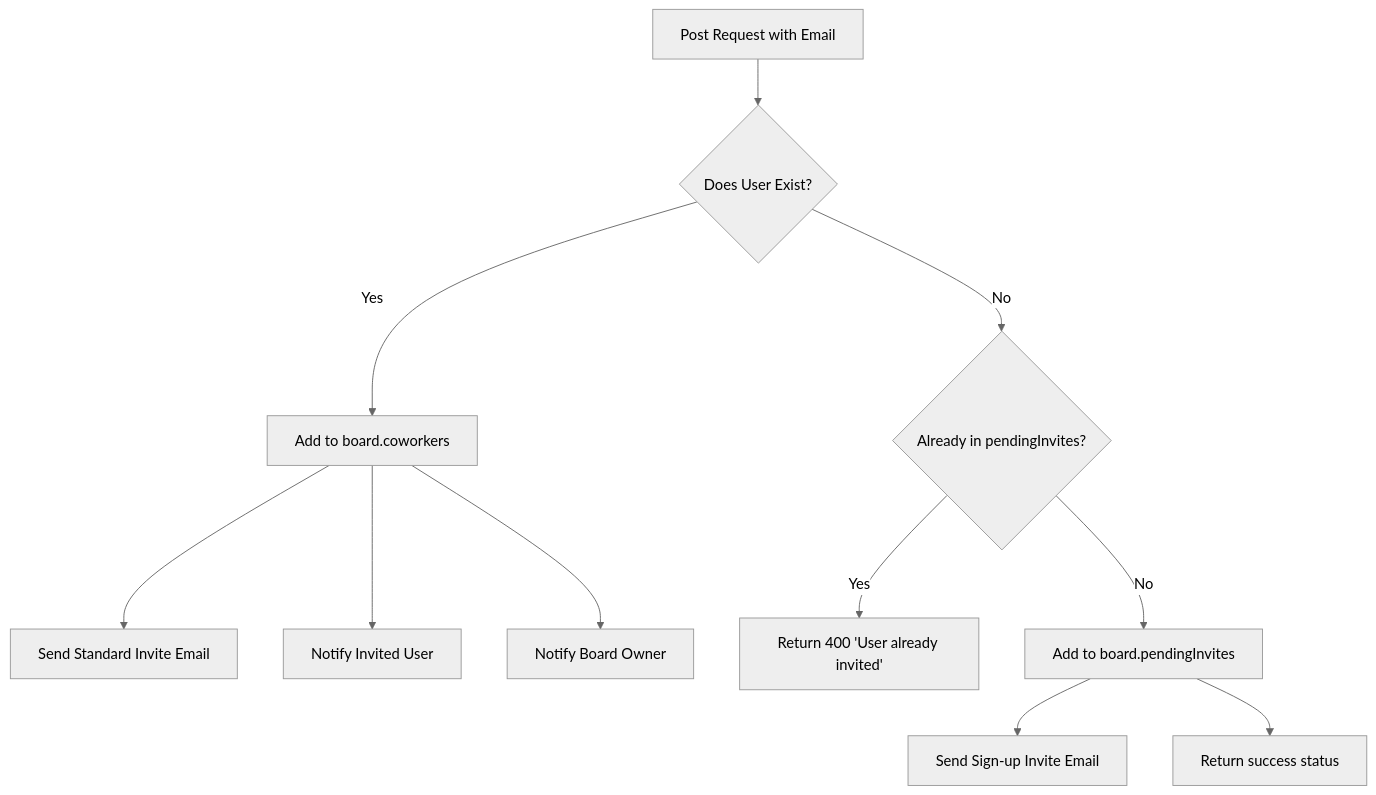
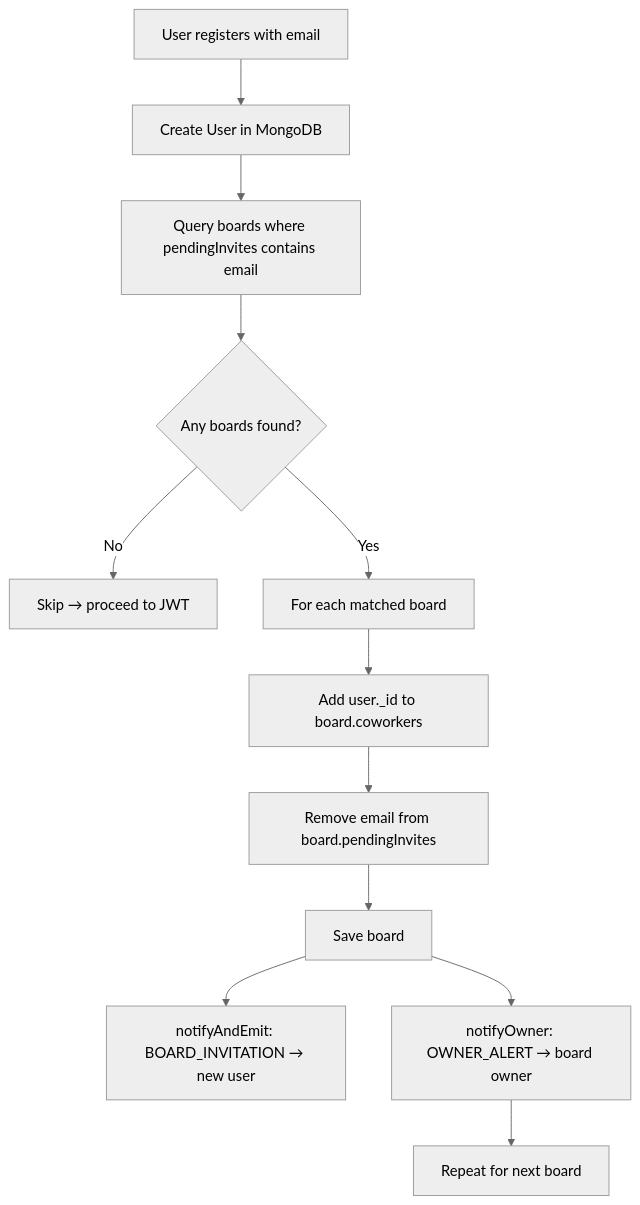
Before and after one commit to maryamKR/TaskFlow-Project: the second of 2 diagrams in backend/docs/pending-invitations-flow.md, drawn with Mermaid (neutral theme). The commit also changed other lines of this file and 7 other files, not shown here.

````diff
--- a/backend/docs/pending-invitations-flow.md
+++ b/backend/docs/pending-invitations-flow.md
@@ -65,13 +84,14 @@
-  ```mermaid
-  graph TD
-      A[Post Request with Email] --> B{Does User Exist?}
-      B -- Yes --> C[Add to board.coworkers]
-      C --> D[Send Standard Invite Email]
-      C --> E[Notify Invited User]
-      C --> F[Notify Board Owner]
-      B -- No --> G{Already in pendingInvites?}
-      G -- Yes --> H[Return 400 'User already invited']
-      G -- No --> I[Add to board.pendingInvites]
-      I --> J[Send Sign-up Invite Email]
-      I --> K[Return success status]
-  ```
+```mermaid
+graph TD
+    A[User registers with email] --> B[Create User in MongoDB]
+    B --> C[Query boards where pendingInvites contains email]
+    C --> D{Any boards found?}
+    D -- No --> E[Skip → proceed to JWT]
+    D -- Yes --> F[For each matched board]
+    F --> G[Add user._id to board.coworkers]
+    G --> H[Remove email from board.pendingInvites]
+    H --> I[Save board]
+    I --> J[notifyAndEmit: BOARD_INVITATION → new user]
+    I --> K[notifyOwner: OWNER_ALERT → board owner]
+    K --> L[Repeat for next board]
+```
````
